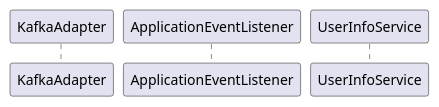
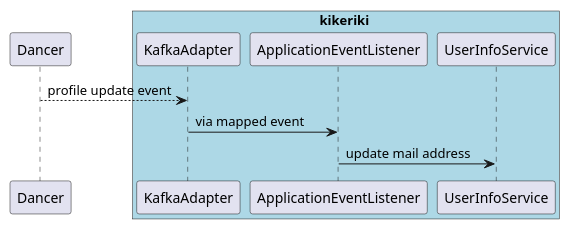
The fifth of 7 diagrams in src/main/jbake/content/documentation/arc42/src/06_runtime_view.adoc (dancier/documentation), drawn with PlantUML before and after one commit. The commit also changed other lines of this file, not shown here.

Commit message:
mail store

```diff
--- a/src/main/jbake/content/documentation/arc42/src/06_runtime_view.adoc
+++ b/src/main/jbake/content/documentation/arc42/src/06_runtime_view.adoc
@@ -111,10 +123,18 @@
 [plantuml, kikeriki-mail-addresses, svg]
 ....
 @startuml
 
+participant Dancer
+
+box kikeriki #LightBlue
 participant KafkaAdapter
 participant ApplicationEventListener
 participant UserInfoService
+end box
+
+Dancer --> KafkaAdapter: profile update event
+KafkaAdapter -> ApplicationEventListener: via mapped event
+ApplicationEventListener -> UserInfoService: update mail address
 
 @enduml
 ....
```
